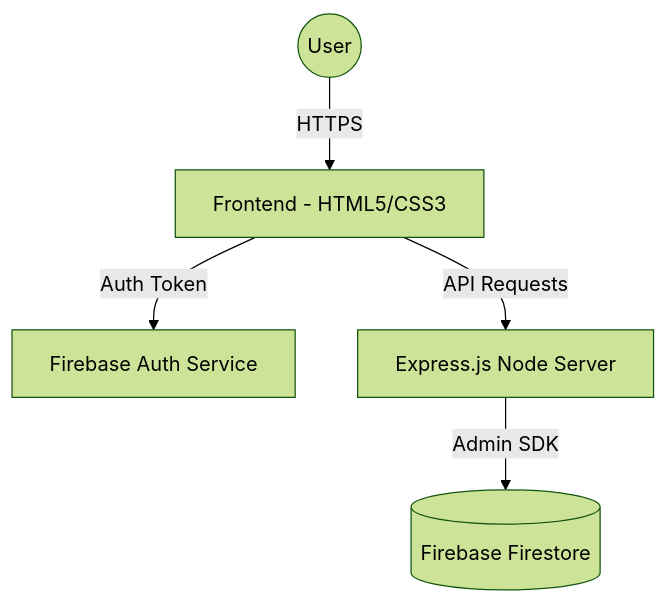
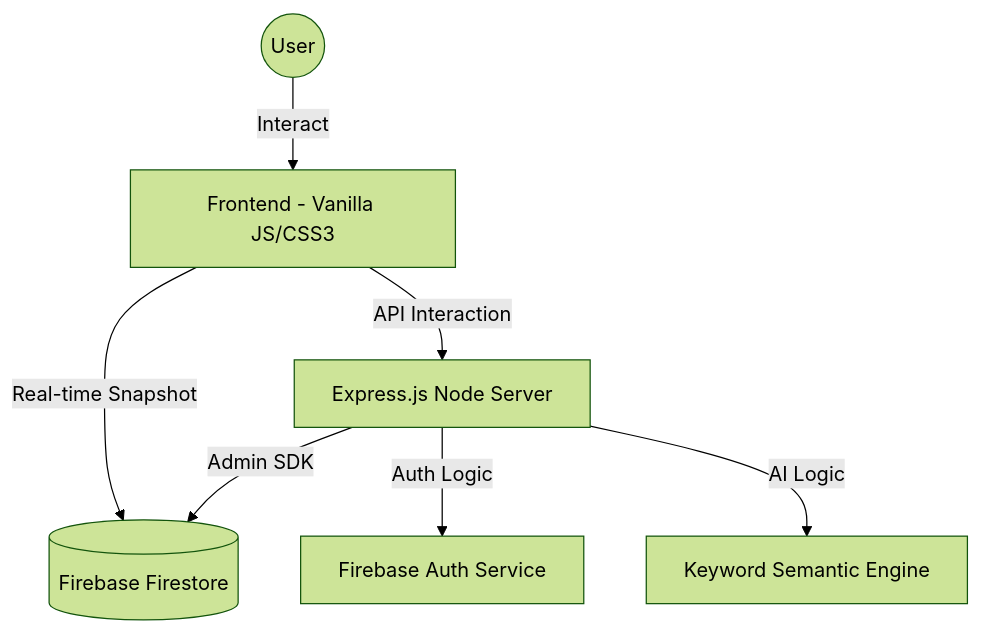
The diagram in README.md (Hackmaass/BG-129_management), drawn with Mermaid (forest theme) before and after one commit. The commit also changed other lines of this file and 22 other files, not shown here.

Commit message:
Upgrade: Full Firestore migration, Real-time Cart/Trending, AI Assistant, and Admin Dashboard

````diff
--- a/README.md
+++ b/README.md
@@ -42,7 +28,9 @@
 ```mermaid
 graph TD
-    User((User)) -->|HTTPS| Frontend[Frontend - HTML5/CSS3]
-    Frontend -->|Auth Token| Firebase[Firebase Auth Service]
-    Frontend -->|API Requests| Server[Express.js Node Server]
-    Server -->|Admin SDK| DB[(Firebase Firestore)]
+    User((User)) -->|Interact| Frontend[Frontend - Vanilla JS/CSS3]
+    Frontend -->|Real-time Snapshot| DB[(Firebase Firestore)]
+    Frontend -->|API Interaction| Server[Express.js Node Server]
+    Server -->|Admin SDK| DB
+    Server -->|Auth Logic| Auth[Firebase Auth Service]
+    Server -->|AI Logic| AI[Keyword Semantic Engine]
 ```
````
